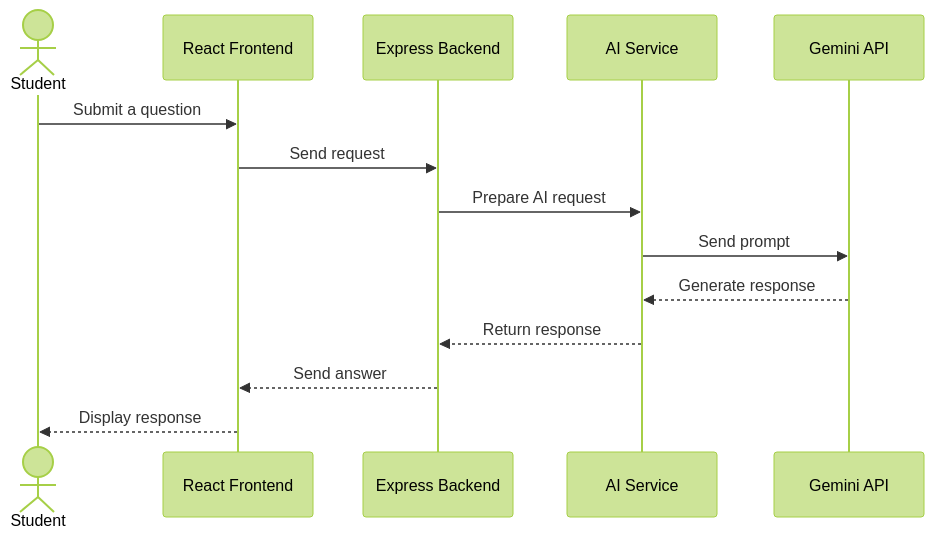
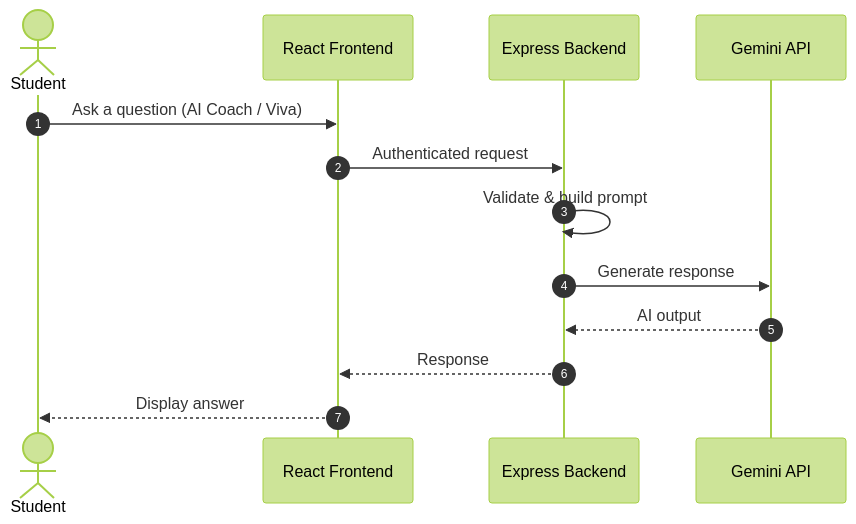
One commit to CodeX-Anurag/NEXORA- changed the fourth of 5 diagrams in README.md. Above: the diagram before and after it, drawn with Mermaid (forest theme). The commit also changed other lines of this file, not shown here.

````diff
--- a/README.md
+++ b/README.md
@@ -106,17 +168,16 @@
 ```mermaid
 sequenceDiagram
-    actor Student
-    participant UI as React Frontend
-    participant API as Express Backend
-    participant AI as AI Service
-    participant Gemini as Gemini API
+    autonumber
+    actor S as Student
+    participant F as React Frontend
+    participant B as Express Backend
+    participant G as Gemini API
 
-    Student->>UI: Submit a question
-    UI->>API: Send request
-    API->>AI: Prepare AI request
-    AI->>Gemini: Send prompt
-    Gemini-->>AI: Generate response
-    AI-->>API: Return response
-    API-->>UI: Send answer
-    UI-->>Student: Display response
+    S->>F: Ask a question (AI Coach / Viva)
+    F->>B: Authenticated request
+    B->>B: Validate & build prompt
+    B->>G: Generate response
+    G-->>B: AI output
+    B-->>F: Response
+    F-->>S: Display answer
 ```
````
